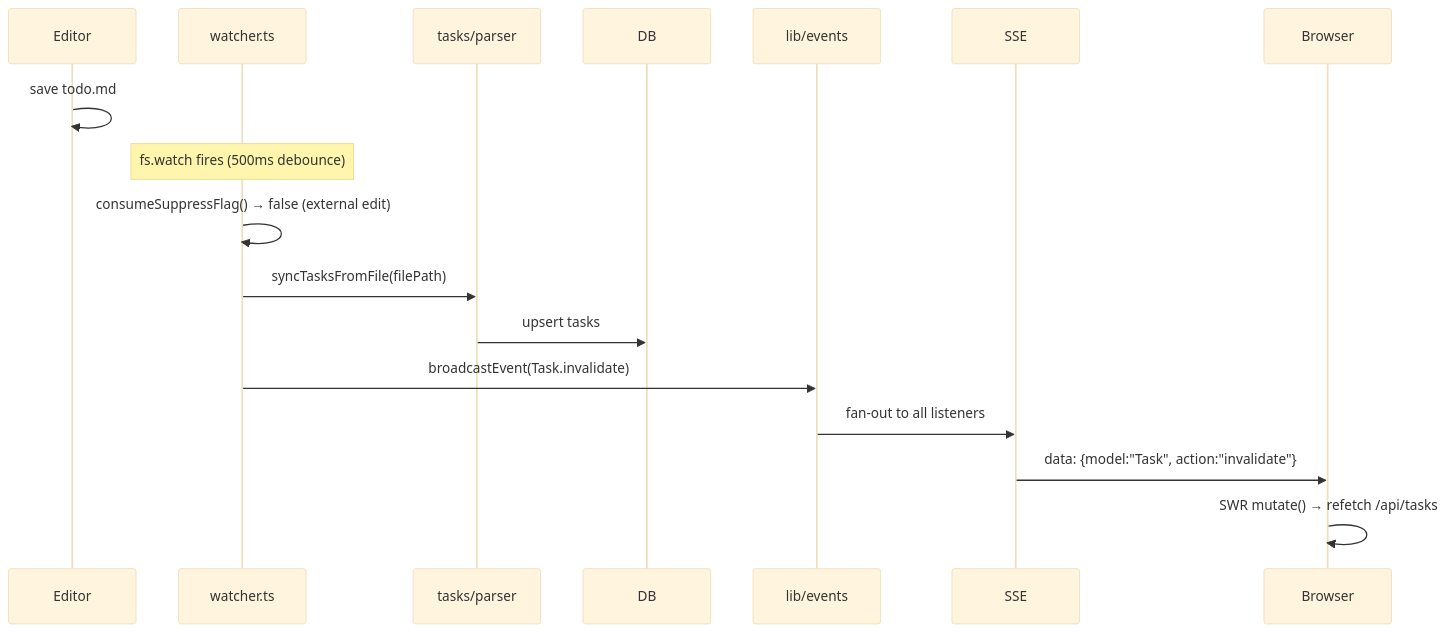
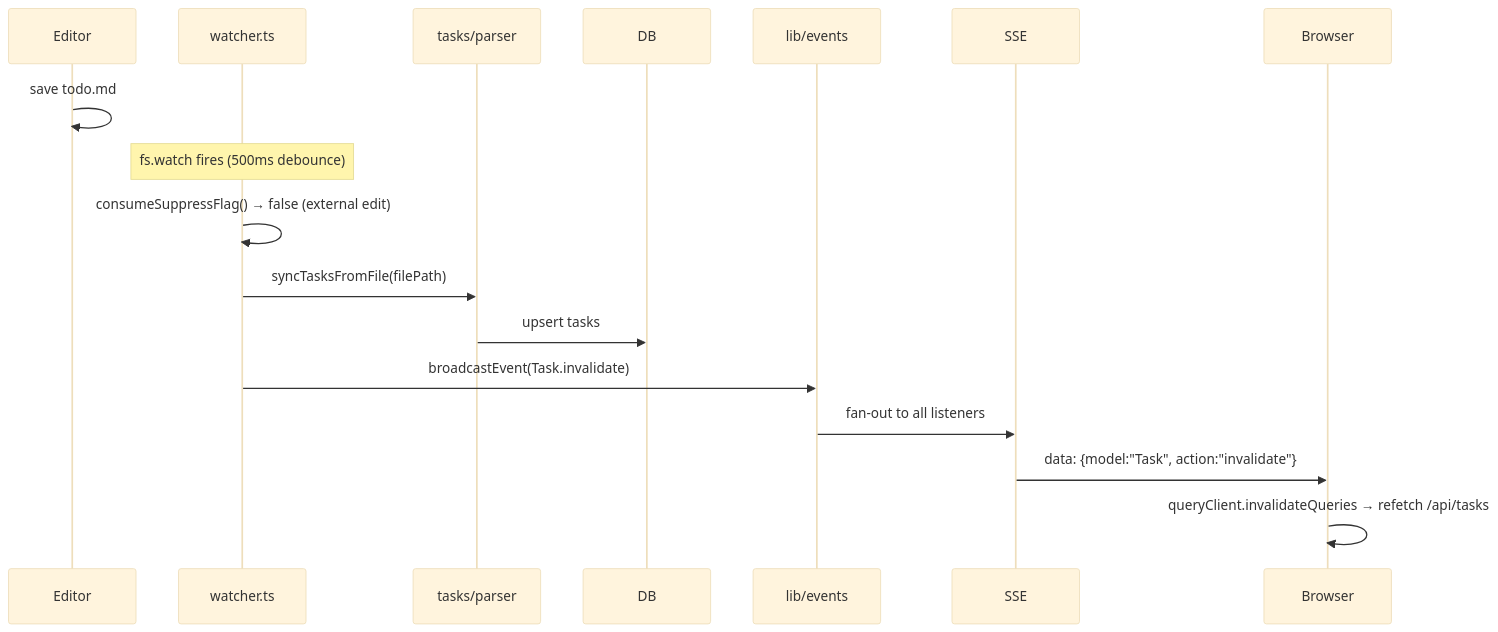
One commit to salsquared/mission-control changed the sixth of 10 diagrams in docs/architecture.md. Above: the diagram before and after it, drawn with Mermaid (base theme). The commit also changed other lines of this file, not shown here.

First line of the commit message:
docs: refresh architecture.md to reflect MVP2 state

````diff
--- a/docs/architecture.md
+++ b/docs/architecture.md
@@ -584,18 +624,18 @@
 ```mermaid
 sequenceDiagram
     participant Editor
     participant Watcher as watcher.ts
     participant Parser as tasks/parser
     participant DB
     participant Bus as lib/events
 
     Editor->>Editor: save todo.md
     Note over Watcher: fs.watch fires (500ms debounce)
     Watcher->>Watcher: consumeSuppressFlag() → false (external edit)
     Watcher->>Parser: syncTasksFromFile(filePath)
     Parser->>DB: upsert tasks
     Watcher->>Bus: broadcastEvent(Task.invalidate)
     Bus->>SSE: fan-out to all listeners
     SSE->>Browser: data: {model:"Task", action:"invalidate"}
-    Browser->>Browser: SWR mutate() → refetch /api/tasks
+    Browser->>Browser: queryClient.invalidateQueries → refetch /api/tasks
 ```
````
